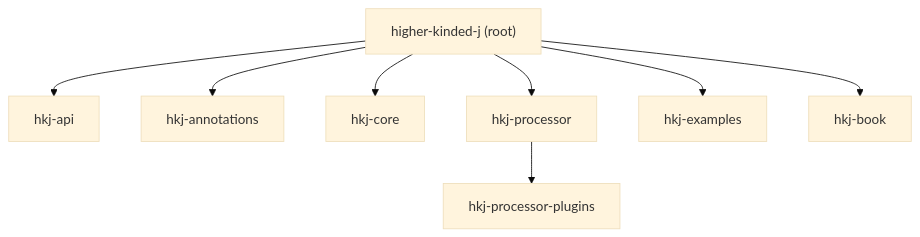
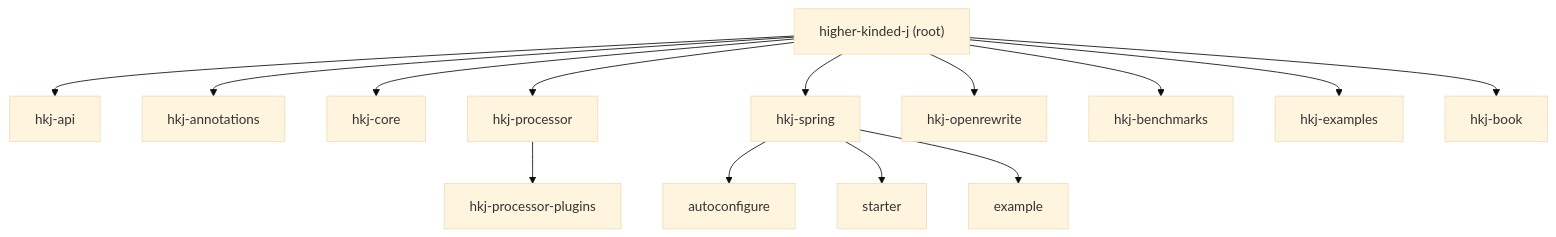
Before and after one commit to higher-kinded-j/higher-kinded-j: the diagram in README.md, drawn with Mermaid (base theme). The commit also changed other lines of this file and 4 other files, not shown here.

````diff
--- a/README.md
+++ b/README.md
@@ -353,10 +356,16 @@
 ```mermaid
 graph TD;
     root["higher-kinded-j (root)"] --> hkj_api["hkj-api"];
     root --> hkj_annotations["hkj-annotations"];
     root --> hkj_core["hkj-core"];
     root --> hkj_processor["hkj-processor"];
     hkj_processor --> hkj_processor_plugins["hkj-processor-plugins"];
+    root --> hkj_spring["hkj-spring"];
+    hkj_spring --> hkj_spring_autoconfigure["autoconfigure"];
+    hkj_spring --> hkj_spring_starter["starter"];
+    hkj_spring --> hkj_spring_example["example"];
+    root --> hkj_openrewrite["hkj-openrewrite"];
+    root --> hkj_benchmarks["hkj-benchmarks"];
     root --> hkj_examples["hkj-examples"];
     root --> hkj_book["hkj-book"];
 ```
````
